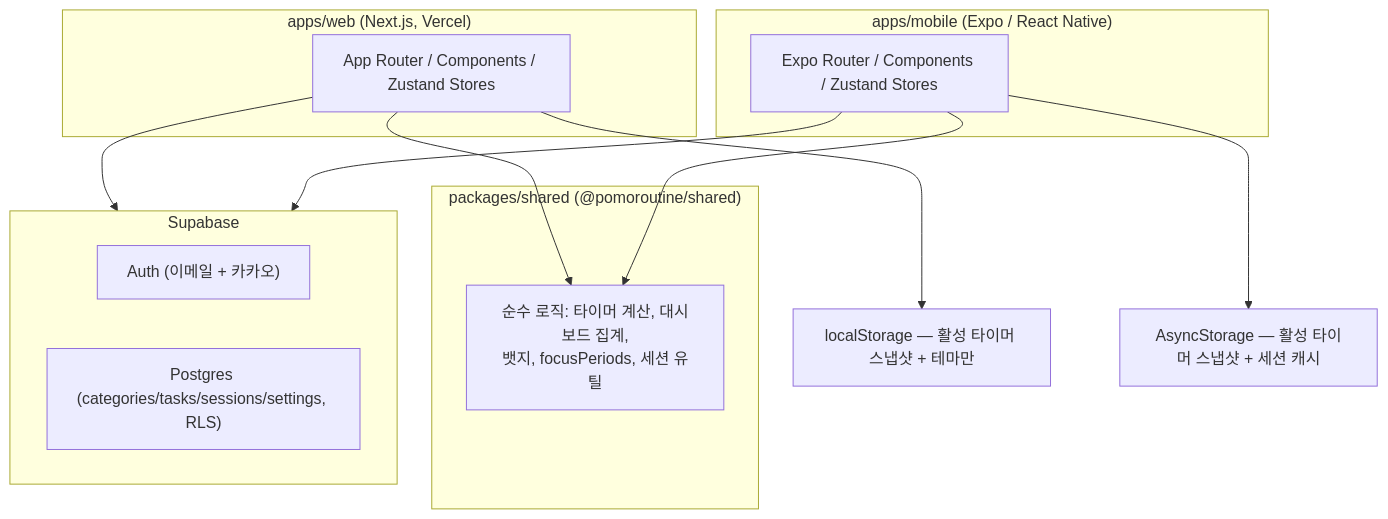
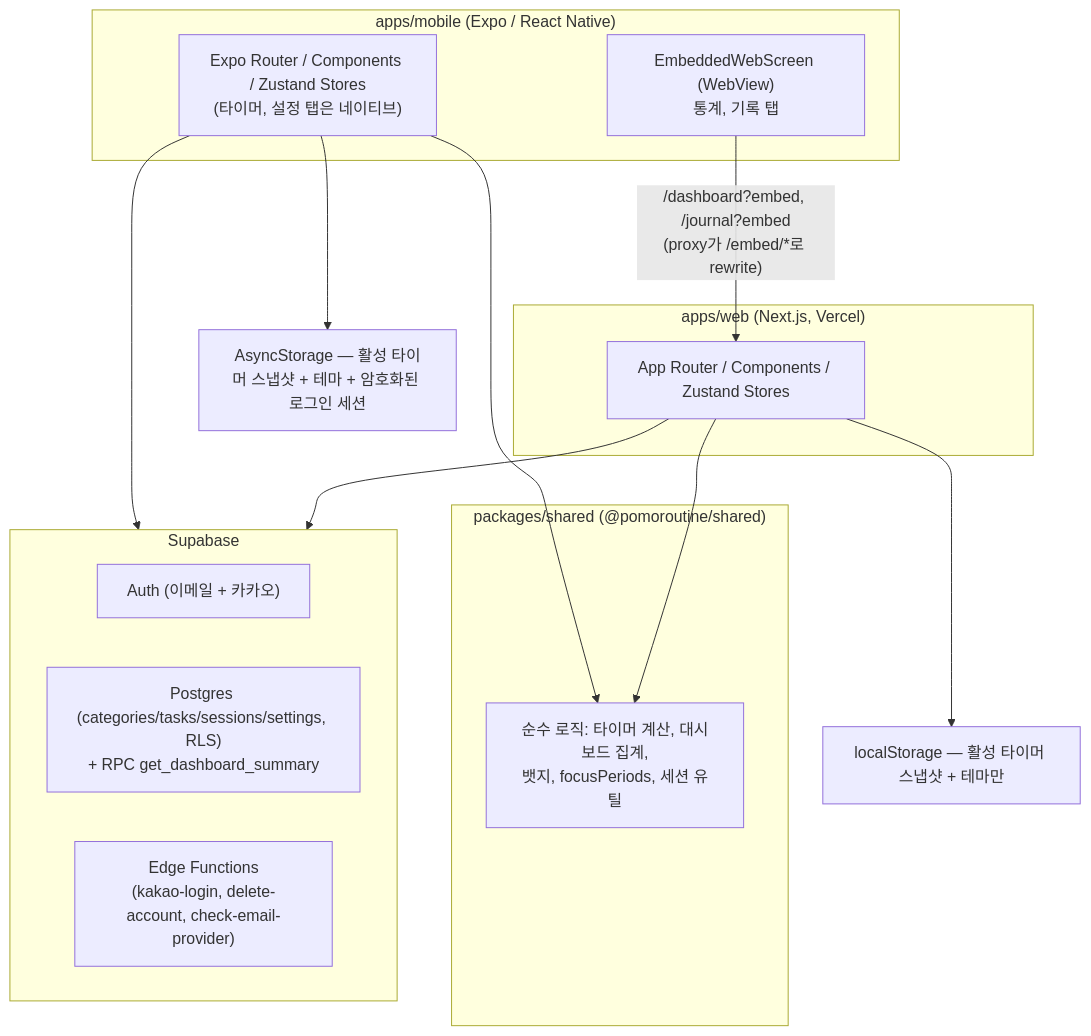
One commit to aaaz425/pomodash changed the first of 4 diagrams in docs/specs/architecture-diagram.md. Above: the diagram before and after it, drawn with Mermaid. The commit also changed other lines of this file and 4 other files, not shown here.

````diff
--- a/docs/specs/architecture-diagram.md
+++ b/docs/specs/architecture-diagram.md
@@ -9,27 +9,30 @@
 ```mermaid
 flowchart TB
     subgraph Web["apps/web (Next.js, Vercel)"]
         WebApp["App Router / Components / Zustand Stores"]
     end
     subgraph Mobile["apps/mobile (Expo / React Native)"]
-        MobileApp["Expo Router / Components / Zustand Stores"]
+        MobileApp["Expo Router / Components / Zustand Stores\n(타이머, 설정 탭은 네이티브)"]
+        WebView["EmbeddedWebScreen (WebView)\n통계, 기록 탭"]
     end
     subgraph Shared["packages/shared (@pomoroutine/shared)"]
         SharedLib["순수 로직: 타이머 계산, 대시보드 집계,\n뱃지, focusPeriods, 세션 유틸"]
     end
 
     subgraph Supabase["Supabase"]
         Auth["Auth (이메일 + 카카오)"]
-        DB["Postgres (categories/tasks/sessions/settings, RLS)"]
+        DB["Postgres (categories/tasks/sessions/settings, RLS)\n+ RPC get_dashboard_summary"]
+        Edge["Edge Functions\n(kakao-login, delete-account, check-email-provider)"]
     end
 
     WebApp --> SharedLib
     MobileApp --> SharedLib
     WebApp --> Supabase
     MobileApp --> Supabase
+    WebView -->|"/dashboard?embed, /journal?embed\n(proxy가 /embed/*로 rewrite)"| WebApp
 
     LS["localStorage — 활성 타이머 스냅샷 + 테마만"]
-    AS["AsyncStorage — 활성 타이머 스냅샷 + 세션 캐시"]
+    AS["AsyncStorage — 활성 타이머 스냅샷 + 테마 + 암호화된 로그인 세션"]
     WebApp --> LS
     MobileApp --> AS
 ```
````
